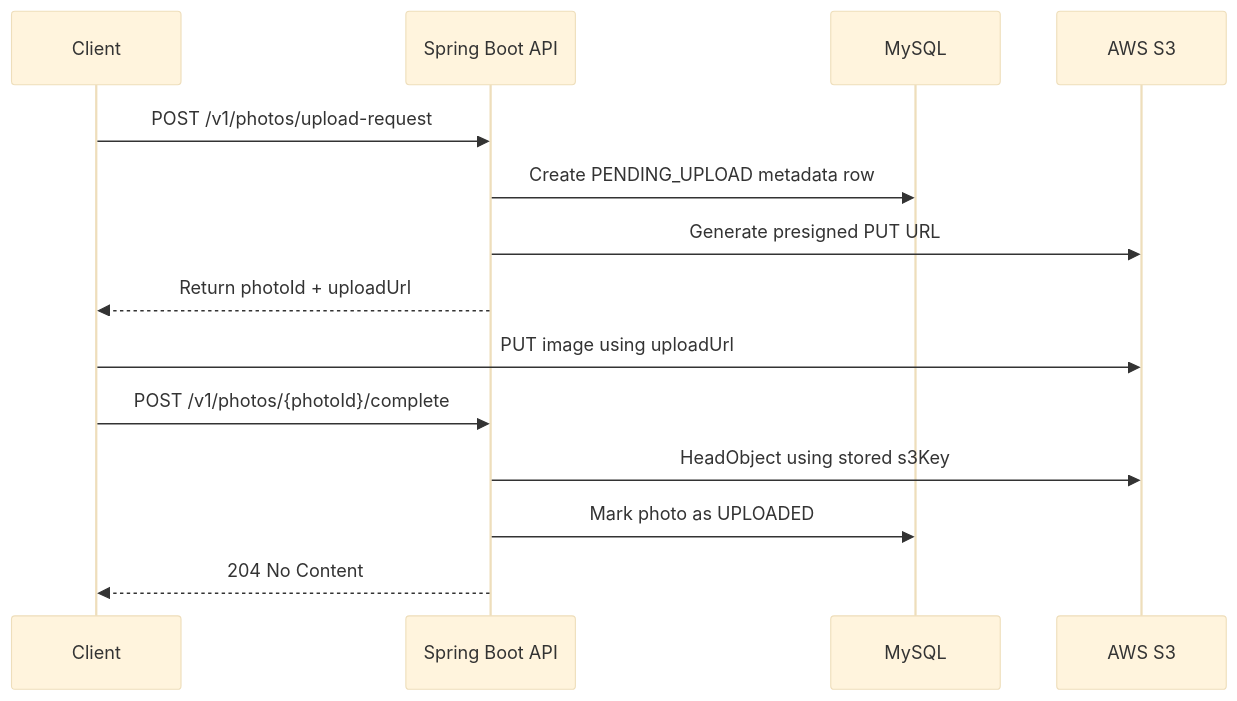
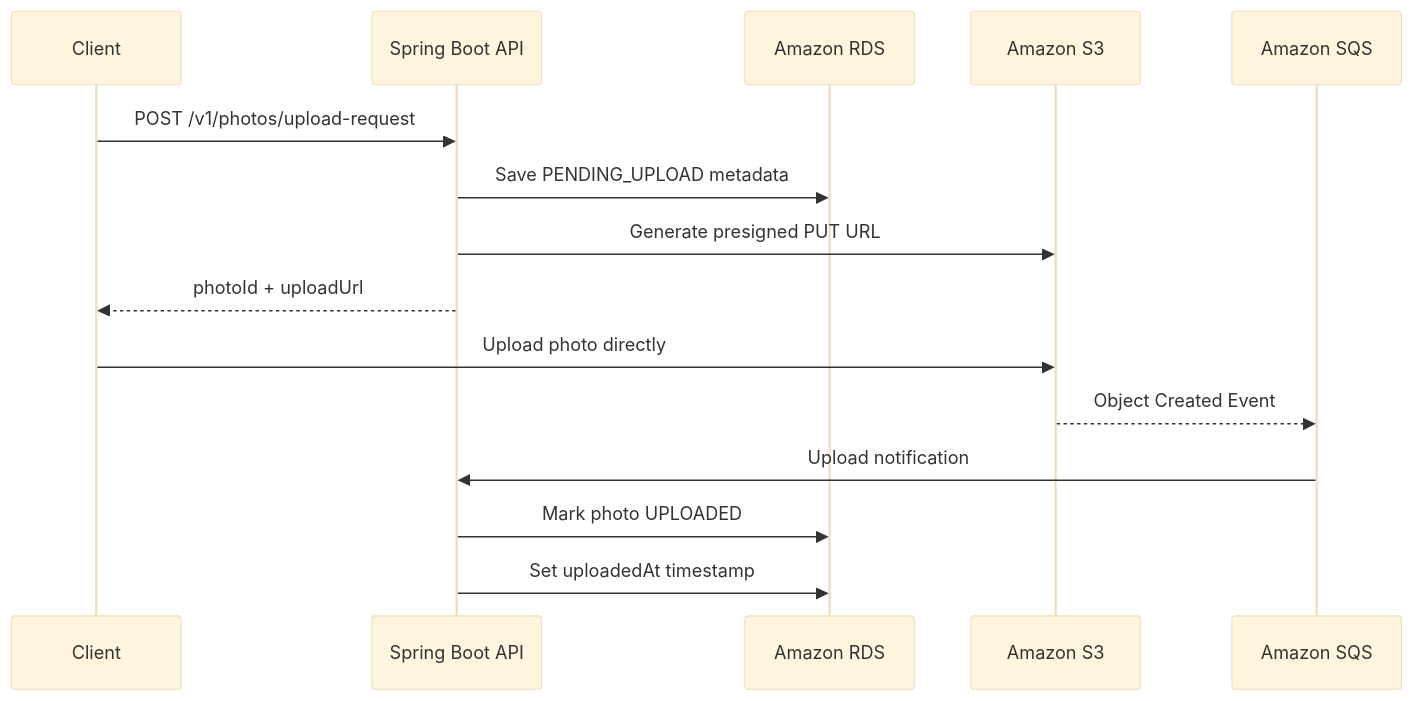
Before and after one commit to SamanthaBurnett/PicLocket: the second of 3 diagrams in README.md, drawn with Mermaid (base theme). The commit also changed other lines of this file, not shown here.

````diff
--- a/README.md
+++ b/README.md
@@ -37,35 +81,31 @@
 ```mermaid
-
 sequenceDiagram
 
     participant Client
 
     participant API as Spring Boot API
 
-    participant DB as MySQL
+    participant DB as Amazon RDS
 
-    participant S3 as AWS S3
+    participant S3 as Amazon S3
 
-
+    participant Queue as Amazon SQS
 
     Client->>API: POST /v1/photos/upload-request
 
-    API->>DB: Create PENDING_UPLOAD metadata row
+    API->>DB: Save PENDING_UPLOAD metadata
 
     API->>S3: Generate presigned PUT URL
 
-    API-->>Client: Return photoId + uploadUrl
+    API-->>Client: photoId + uploadUrl
 
+    Client->>S3: Upload photo directly
 
+    S3-->>Queue: Object Created Event
 
-    Client->>S3: PUT image using uploadUrl
+    Queue->>API: Upload notification
 
-    Client->>API: POST /v1/photos/{photoId}/complete
+    API->>DB: Mark photo UPLOADED
 
-    API->>S3: HeadObject using stored s3Key
-
-    API->>DB: Mark photo as UPLOADED
-
-    API-->>Client: 204 No Content
-
+    API->>DB: Set uploadedAt timestamp
 ```
````
